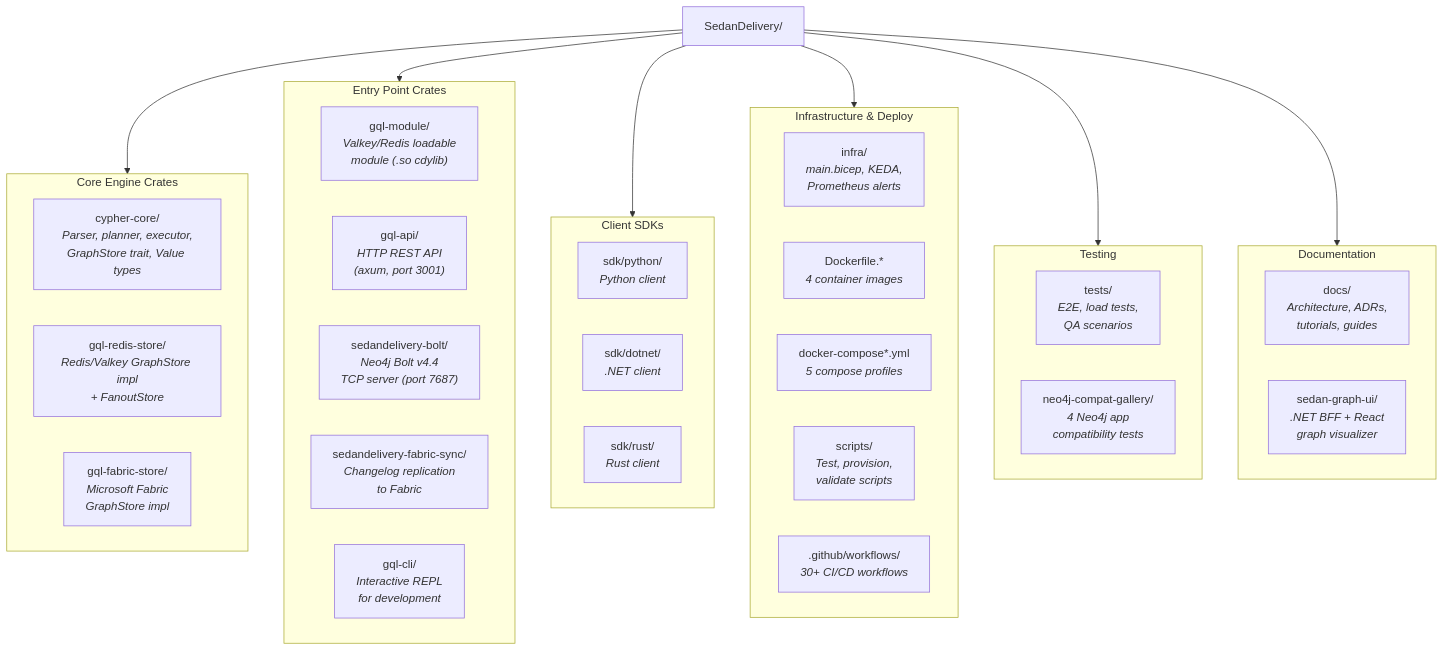
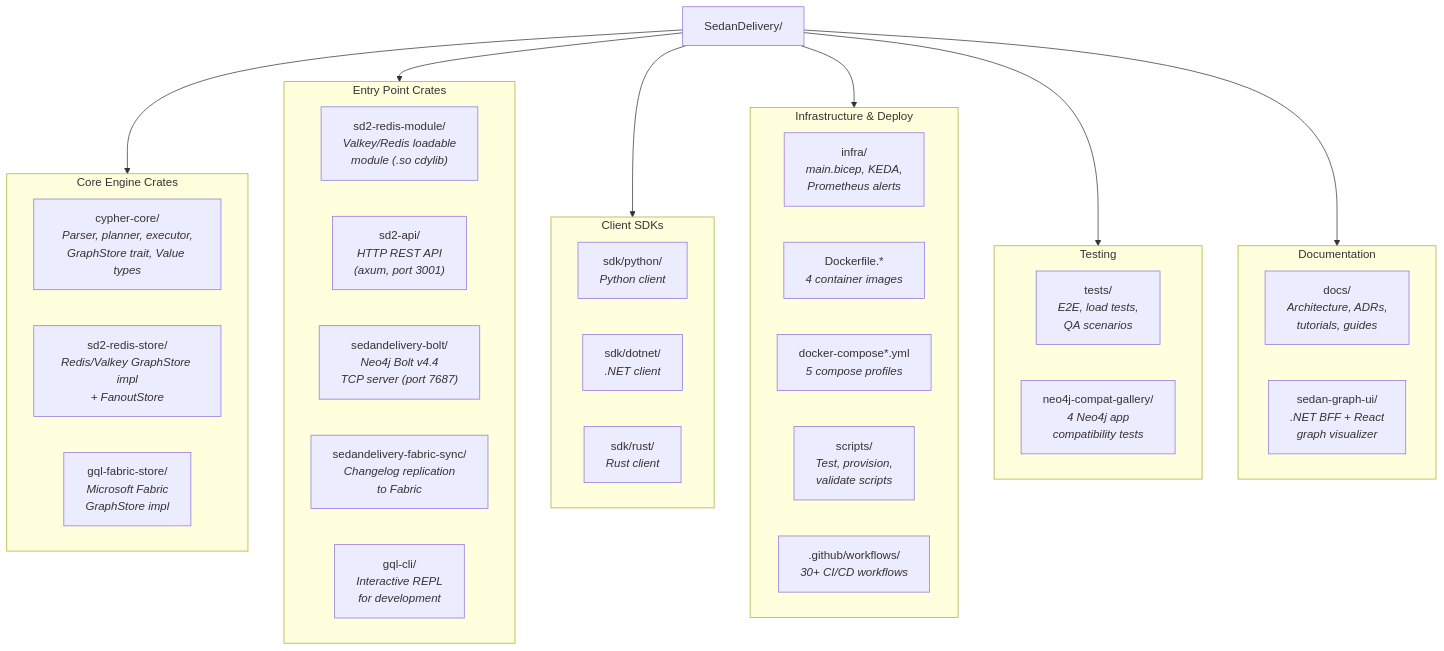
The diagram in docs/atlas/repo-surface/README.md (rysweet/SedanDelivery), drawn with Mermaid before and after one commit. The commit also changed 191 other files, not shown here.

First line of the commit message:
refactor: rename gql-module, gql-redis-store, gql-api to sd2- prefix (#1097)

````diff
--- a/docs/atlas/repo-surface/README.md
+++ b/docs/atlas/repo-surface/README.md
@@ -13,49 +13,49 @@
 ```mermaid
 graph TD
     ROOT["SedanDelivery/"]
     
     subgraph core_crates["Core Engine Crates"]
         GQL_CORE["cypher-core/<br/><i>Parser, planner, executor,<br/>GraphStore trait, Value types</i>"]
-        GQL_REDIS["gql-redis-store/<br/><i>Redis/Valkey GraphStore impl<br/>+ FanoutStore</i>"]
+        GQL_REDIS["sd2-redis-store/<br/><i>Redis/Valkey GraphStore impl<br/>+ FanoutStore</i>"]
         GQL_FABRIC["gql-fabric-store/<br/><i>Microsoft Fabric<br/>GraphStore impl</i>"]
     end
 
     subgraph entry_points["Entry Point Crates"]
-        GQL_MODULE["gql-module/<br/><i>Valkey/Redis loadable<br/>module (.so cdylib)</i>"]
-        GQL_API["gql-api/<br/><i>HTTP REST API<br/>(axum, port 3001)</i>"]
+        GQL_MODULE["sd2-redis-module/<br/><i>Valkey/Redis loadable<br/>module (.so cdylib)</i>"]
+        GQL_API["sd2-api/<br/><i>HTTP REST API<br/>(axum, port 3001)</i>"]
         BOLT["sedandelivery-bolt/<br/><i>Neo4j Bolt v4.4<br/>TCP server (port 7687)</i>"]
         SYNC["sedandelivery-fabric-sync/<br/><i>Changelog replication<br/>to Fabric</i>"]
         CLI["gql-cli/<br/><i>Interactive REPL<br/>for development</i>"]
     end
 
     subgraph sdks["Client SDKs"]
         SDK_PY["sdk/python/<br/><i>Python client</i>"]
         SDK_NET["sdk/dotnet/<br/><i>.NET client</i>"]
         SDK_RS["sdk/rust/<br/><i>Rust client</i>"]
     end
 
     subgraph infra_deploy["Infrastructure & Deploy"]
         INFRA["infra/<br/><i>main.bicep, KEDA,<br/>Prometheus alerts</i>"]
         DOCKER["Dockerfile.*<br/><i>4 container images</i>"]
         COMPOSE["docker-compose*.yml<br/><i>5 compose profiles</i>"]
         SCRIPTS["scripts/<br/><i>Test, provision,<br/>validate scripts</i>"]
         GH_ACTIONS[".github/workflows/<br/><i>30+ CI/CD workflows</i>"]
     end
 
     subgraph testing["Testing"]
         TESTS["tests/<br/><i>E2E, load tests,<br/>QA scenarios</i>"]
         NEO4J_COMPAT["neo4j-compat-gallery/<br/><i>4 Neo4j app<br/>compatibility tests</i>"]
     end
 
     subgraph docs_group["Documentation"]
         DOCS["docs/<br/><i>Architecture, ADRs,<br/>tutorials, guides</i>"]
         SEDAN_UI["sedan-graph-ui/<br/><i>.NET BFF + React<br/>graph visualizer</i>"]
     end
 
     ROOT --> core_crates
     ROOT --> entry_points
     ROOT --> sdks
     ROOT --> infra_deploy
     ROOT --> testing
     ROOT --> docs_group
 ```
````
